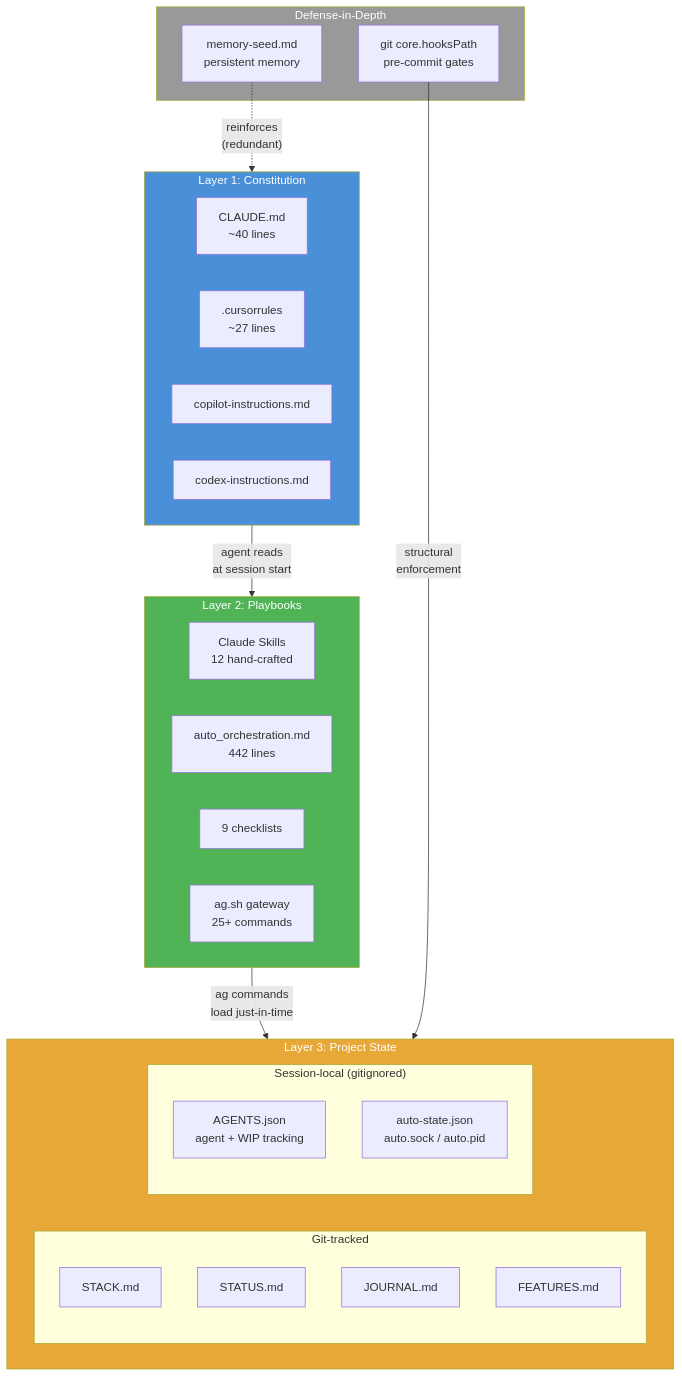
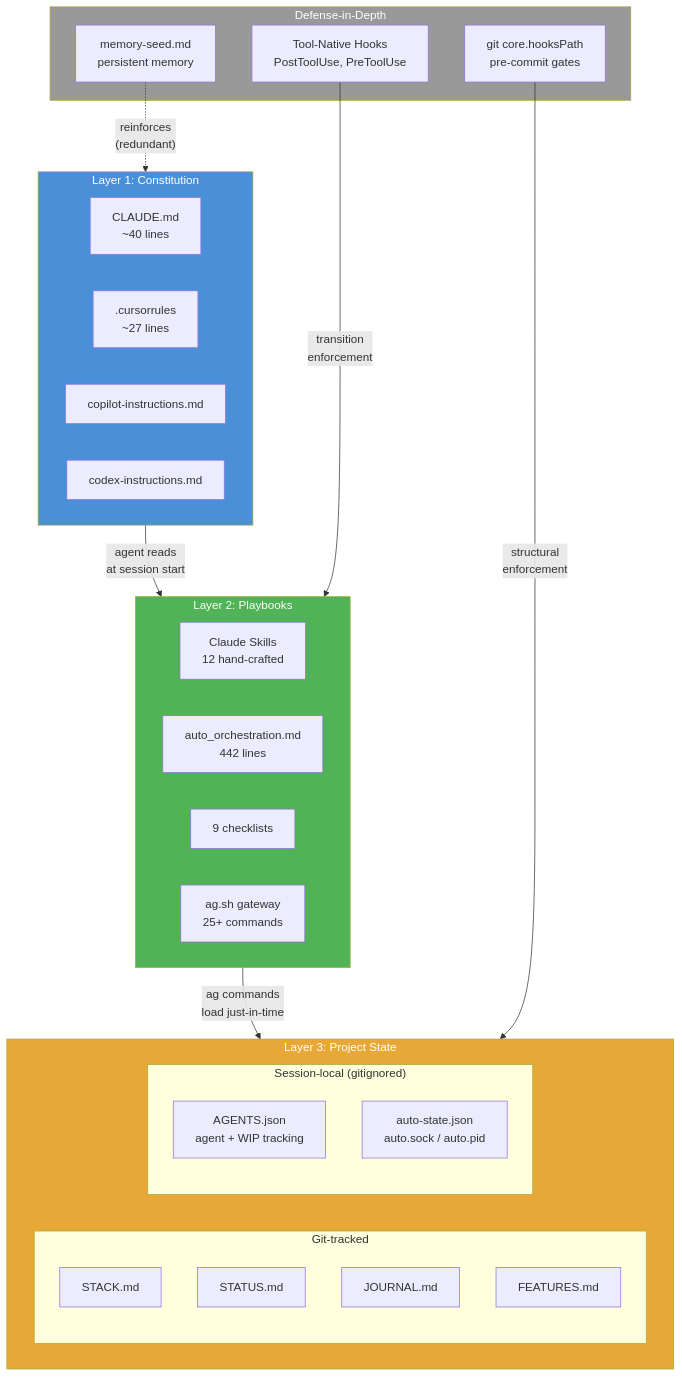
Before and after one commit to tomgun/agentic-framework: the diagram in docs/INSTRUCTION_ARCHITECTURE.md, drawn with Mermaid. The commit also changed other lines of this file and 10 other files, not shown here.

First line of the commit message:
feat: ExitPlanMode hook + pre-commit plan gate (F-0234)

````diff
--- a/docs/INSTRUCTION_ARCHITECTURE.md
+++ b/docs/INSTRUCTION_ARCHITECTURE.md
@@ -38,44 +38,46 @@
 ```mermaid
 graph TB
     subgraph L1["Layer 1: Constitution"]
         CLAUDE[CLAUDE.md<br/>~40 lines]
         CURSOR[.cursorrules<br/>~27 lines]
         COPILOT[copilot-instructions.md]
         CODEX[codex-instructions.md]
     end
 
     subgraph L2["Layer 2: Playbooks"]
         SKILLS[Claude Skills<br/>12 hand-crafted]
         AUTO_ORCH[auto_orchestration.md<br/>442 lines]
         CHECKLISTS[9 checklists]
         AG[ag.sh gateway<br/>25+ commands]
     end
 
     subgraph L3["Layer 3: Project State"]
         subgraph GIT_TRACKED["Git-tracked"]
             STACK[STACK.md]
             STATUS[STATUS.md]
             JOURNAL[JOURNAL.md]
             FEATURES[FEATURES.md]
         end
         subgraph SESSION["Session-local (gitignored)"]
             AGENTS_JSON[AGENTS.json<br/>agent + WIP tracking]
             AUTO_STATE[auto-state.json<br/>auto.sock / auto.pid]
         end
     end
 
     subgraph DEFENSE["Defense-in-Depth"]
         MEMORY[memory-seed.md<br/>persistent memory]
-        HOOKS[git core.hooksPath<br/>pre-commit gates]
+        GIT_HOOKS[git core.hooksPath<br/>pre-commit gates]
+        TOOL_HOOKS[Tool-Native Hooks<br/>PostToolUse, PreToolUse]
     end
 
     L1 -->|"agent reads<br/>at session start"| L2
     L2 -->|"ag commands<br/>load just-in-time"| L3
-    HOOKS -->|"structural<br/>enforcement"| L3
+    GIT_HOOKS -->|"structural<br/>enforcement"| L3
+    TOOL_HOOKS -->|"transition<br/>enforcement"| L2
     MEMORY -.->|"reinforces<br/>(redundant)"| L1
 
     style L1 fill:#4a90d9,color:#fff
     style L2 fill:#50b356,color:#fff
     style L3 fill:#e8a838,color:#fff
     style DEFENSE fill:#999,color:#fff
 ```
````
